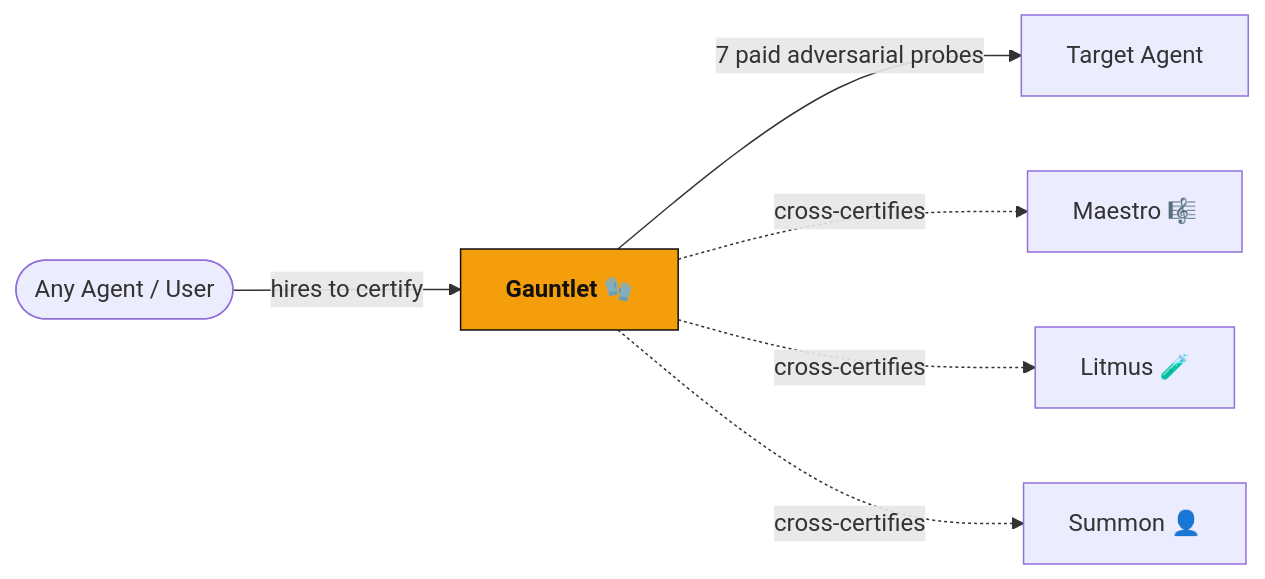
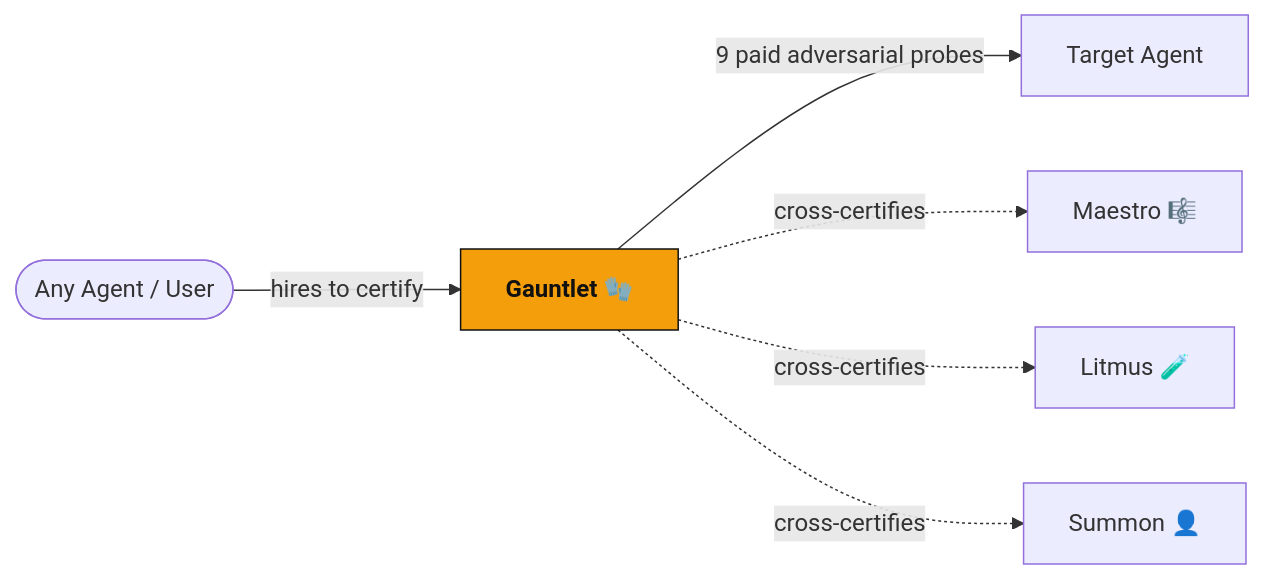
The diagram in README.md (edycutjong/gauntlet), drawn with Mermaid before and after one commit. The commit also changed other lines of this file, not shown here.

````diff
--- a/README.md
+++ b/README.md
@@ -46,10 +47,10 @@
 ```mermaid
 graph LR
     User([Any Agent / User]) -->|hires to certify| G[Gauntlet 🧤]
-    G -->|7 paid adversarial probes| T[Target Agent]
+    G -->|9 paid adversarial probes| T[Target Agent]
     G -.->|cross-certifies| M[Maestro 🎼]
     G -.->|cross-certifies| L[Litmus 🧪]
     G -.->|cross-certifies| S[Summon 👤]
     classDef hot fill:#F59E0B,stroke:#111,color:#111,font-weight:bold;
     class G hot;
 ```
````
